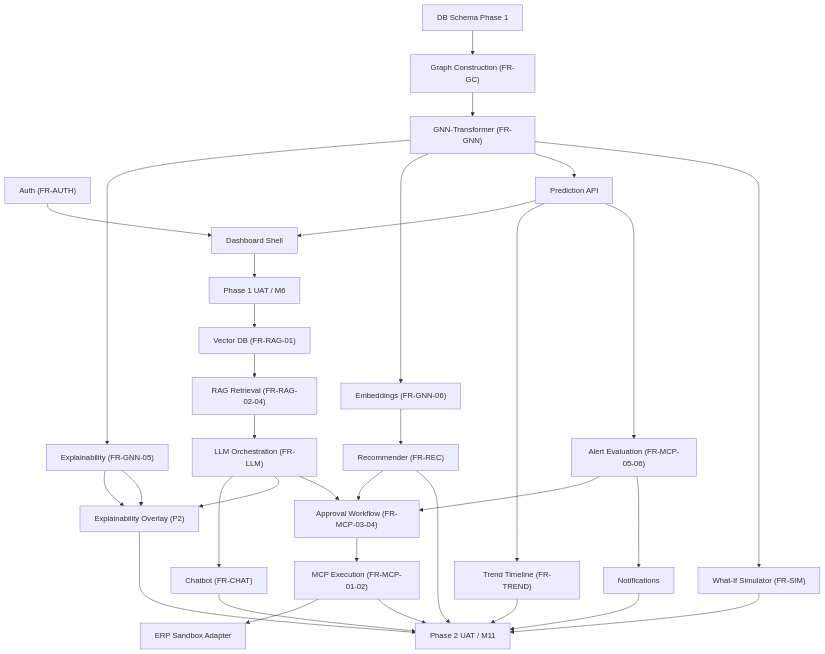
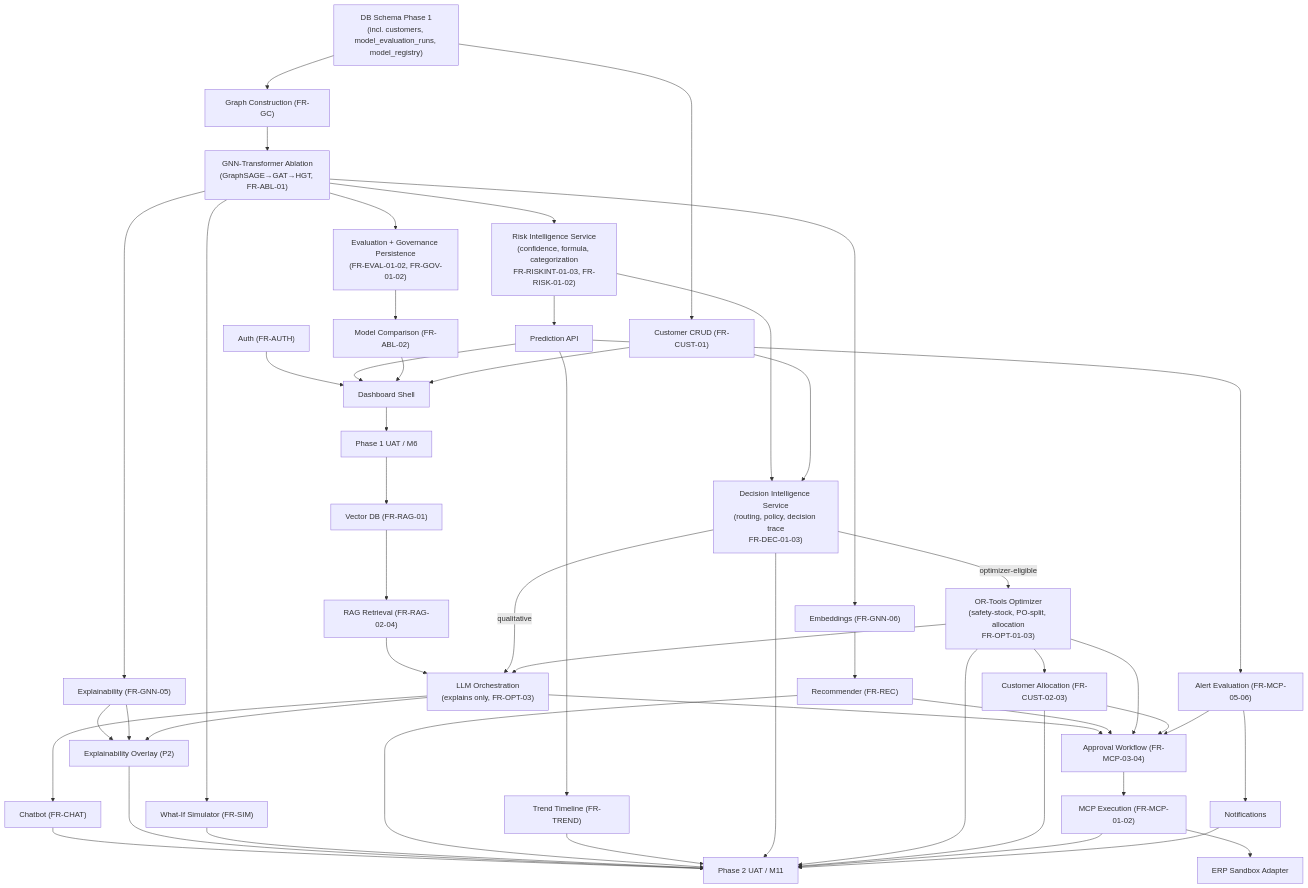
The first of 3 diagrams in docs/14_Project_Roadmap.md (murali-ftw/ChainPilot), drawn with Mermaid before and after one commit. The commit also changed other lines of this file and 17 other files, not shown here.

````diff
--- a/docs/14_Project_Roadmap.md
+++ b/docs/14_Project_Roadmap.md
@@ -77,36 +77,53 @@
 ```mermaid
 flowchart TD
     AUTH["Auth (FR-AUTH)"] --> DASH["Dashboard Shell"]
-    SCHEMA["DB Schema Phase 1"] --> GC["Graph Construction (FR-GC)"]
-    GC --> GNN["GNN-Transformer (FR-GNN)"]
+    SCHEMA["DB Schema Phase 1\n(incl. customers, model_evaluation_runs, model_registry)"] --> GC["Graph Construction (FR-GC)"]
+    SCHEMA --> CUSTCRUD["Customer CRUD (FR-CUST-01)"]
+    GC --> GNN["GNN-Transformer Ablation\n(GraphSAGE→GAT→HGT, FR-ABL-01)"]
     GNN --> EXPL["Explainability (FR-GNN-05)"]
     GNN --> EMB["Embeddings (FR-GNN-06)"]
-    GNN --> API["Prediction API"]
+    GNN --> RISKINT["Risk Intelligence Service\n(confidence, formula, categorization\nFR-RISKINT-01-03, FR-RISK-01-02)"]
+    RISKINT --> API["Prediction API"]
+    GNN --> EVAL["Evaluation + Governance Persistence\n(FR-EVAL-01-02, FR-GOV-01-02)"]
+    EVAL --> ABLCMP["Model Comparison (FR-ABL-02)"]
     API --> DASH
+    ABLCMP --> DASH
+    CUSTCRUD --> DASH
     EXPL --> OVERLAY["Explainability Overlay (P2)"]
     DASH --> UAT1["Phase 1 UAT / M6"]
 
     UAT1 --> VDB["Vector DB (FR-RAG-01)"]
     VDB --> RAG["RAG Retrieval (FR-RAG-02-04)"]
-    RAG --> LLM["LLM Orchestration (FR-LLM)"]
+    RAG --> LLM["LLM Orchestration\n(explains only, FR-OPT-03)"]
     LLM --> CHAT["Chatbot (FR-CHAT)"]
     EXPL --> OVERLAY
     LLM --> OVERLAY
     GNN --> SIM["What-If Simulator (FR-SIM)"]
     EMB --> REC["Recommender (FR-REC)"]
     API --> TREND["Trend Timeline (FR-TREND)"]
+    RISKINT --> DECISION["Decision Intelligence Service\n(routing, policy, decision trace\nFR-DEC-01-03)"]
+    CUSTCRUD --> DECISION
+    DECISION -->|optimizer-eligible| OPT["OR-Tools Optimizer\n(safety-stock, PO-split, allocation\nFR-OPT-01-03)"]
+    DECISION -->|qualitative| LLM
+    OPT --> LLM
+    OPT --> ALLOC["Customer Allocation (FR-CUST-02-03)"]
     LLM --> APPR["Approval Workflow (FR-MCP-03-04)"]
     REC --> APPR
+    OPT --> APPR
+    ALLOC --> APPR
     APPR --> MCP["MCP Execution (FR-MCP-01-02)"]
     MCP --> ERP["ERP Sandbox Adapter"]
     API --> ALERT["Alert Evaluation (FR-MCP-05-06)"]
     ALERT --> APPR
     ALERT --> NOTIFY["Notifications"]
     CHAT --> UAT2["Phase 2 UAT / M11"]
     OVERLAY --> UAT2
     SIM --> UAT2
     REC --> UAT2
     TREND --> UAT2
+    DECISION --> UAT2
+    OPT --> UAT2
+    ALLOC --> UAT2
     MCP --> UAT2
     NOTIFY --> UAT2
 ```
````
